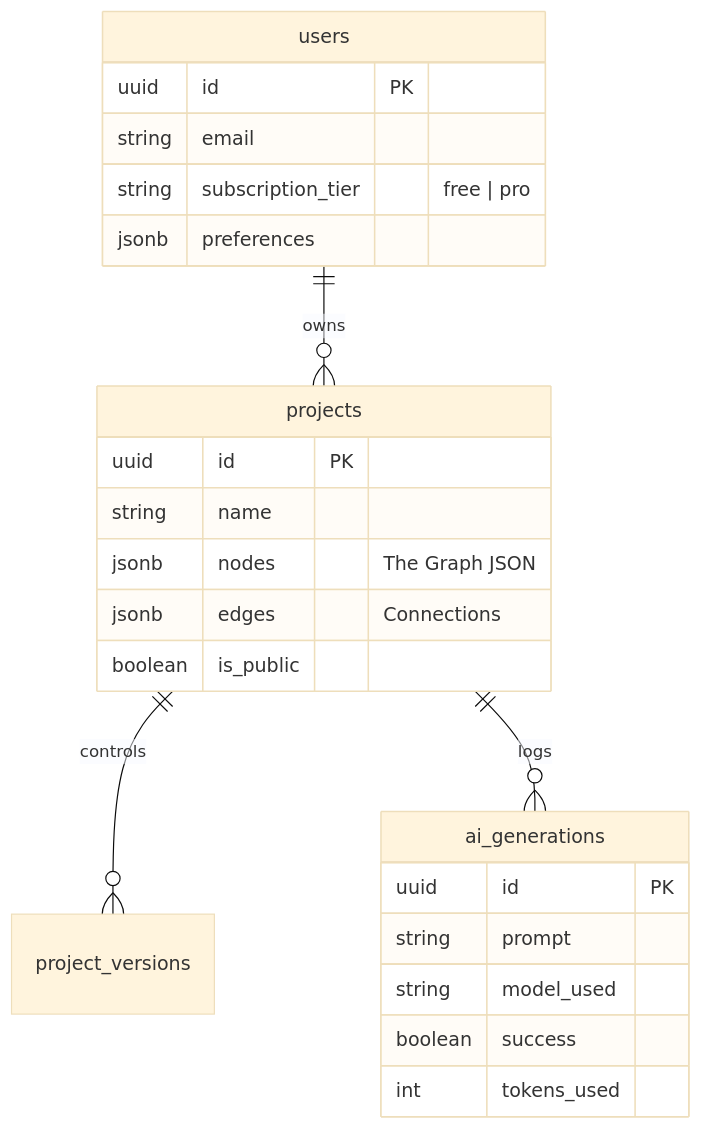
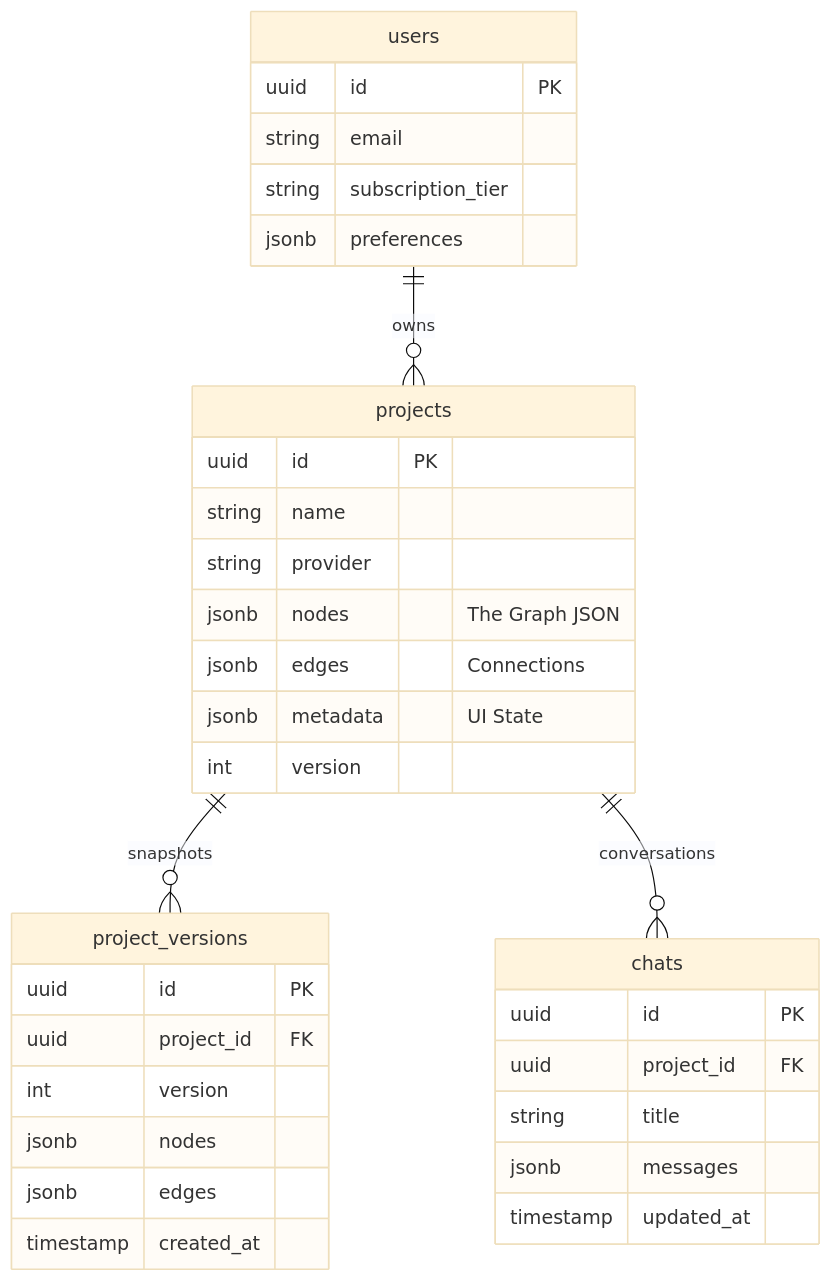
One commit to vins-anity/Simulark-AI changed the diagram in Lithan-Capstone-AI-Project/project_thesis-draft.md. Above: the diagram before and after it, drawn with Mermaid (base theme). The commit also changed other lines of this file and 12 other files, not shown here.

````diff
--- a/Lithan-Capstone-AI-Project/project_thesis-draft.md
+++ b/Lithan-Capstone-AI-Project/project_thesis-draft.md
@@ -111,28 +147,39 @@
 ```mermaid
 erDiagram
     users ||--o{ projects : owns
     users {
         uuid id PK
         string email
-        string subscription_tier "free | pro"
+        string subscription_tier
         jsonb preferences
     }
     
-    projects ||--o{ project_versions : controls
-    projects ||--o{ ai_generations : logs
+    projects ||--o{ project_versions : snapshots
+    projects ||--o{ chats : conversations
     projects {
         uuid id PK
         string name
+        string provider
         jsonb nodes "The Graph JSON"
         jsonb edges "Connections"
-        boolean is_public
+        jsonb metadata "UI State"
+        int version
     }
     
-    ai_generations {
+    project_versions {
         uuid id PK
-        string prompt
-        string model_used
-        boolean success
-        int tokens_used
+        uuid project_id FK
+        int version
+        jsonb nodes
+        jsonb edges
+        timestamp created_at
+    }
+    
+    chats {
+        uuid id PK
+        uuid project_id FK
+        string title
+        jsonb messages
+        timestamp updated_at
     }
 ```
````
